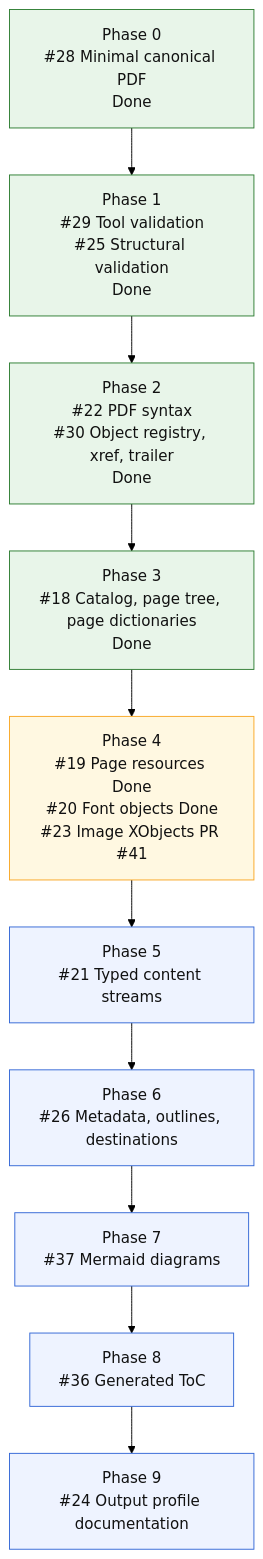
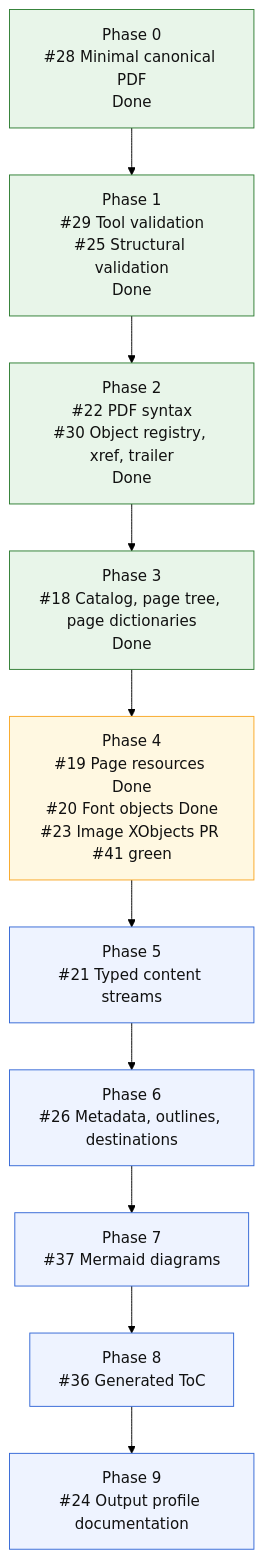
The diagram in README.md (mihaelamj/MarkdownPDF), drawn with Mermaid (forest theme) before and after one commit.

Commit message:
docs(readme): mark image xobjects ci green

````diff
--- a/README.md
+++ b/README.md
@@ -126,22 +126,22 @@
 ```mermaid
 flowchart TD
     P0["Phase 0<br/>#28 Minimal canonical PDF<br/>Done"]
     P1["Phase 1<br/>#29 Tool validation<br/>#25 Structural validation<br/>Done"]
     P2["Phase 2<br/>#22 PDF syntax<br/>#30 Object registry, xref, trailer<br/>Done"]
     P3["Phase 3<br/>#18 Catalog, page tree, page dictionaries<br/>Done"]
-    P4["Phase 4<br/>#19 Page resources Done<br/>#20 Font objects Done<br/>#23 Image XObjects PR #41"]
+    P4["Phase 4<br/>#19 Page resources Done<br/>#20 Font objects Done<br/>#23 Image XObjects PR #41 green"]
     P5["Phase 5<br/>#21 Typed content streams"]
     P6["Phase 6<br/>#26 Metadata, outlines, destinations"]
     P7["Phase 7<br/>#37 Mermaid diagrams"]
     P8["Phase 8<br/>#36 Generated ToC"]
     P9["Phase 9<br/>#24 Output profile documentation"]
 
     P0 --> P1 --> P2 --> P3 --> P4 --> P5 --> P6 --> P7 --> P8 --> P9
 
     classDef done fill:#e8f5e9,stroke:#2e7d32,color:#111;
     classDef next fill:#fff8e1,stroke:#f9a825,color:#111;
     classDef todo fill:#eef3ff,stroke:#3367d6,color:#111;
     class P0,P1,P2,P3 done;
     class P4 next;
     class P5,P6,P7,P8,P9 todo;
 ```
````
